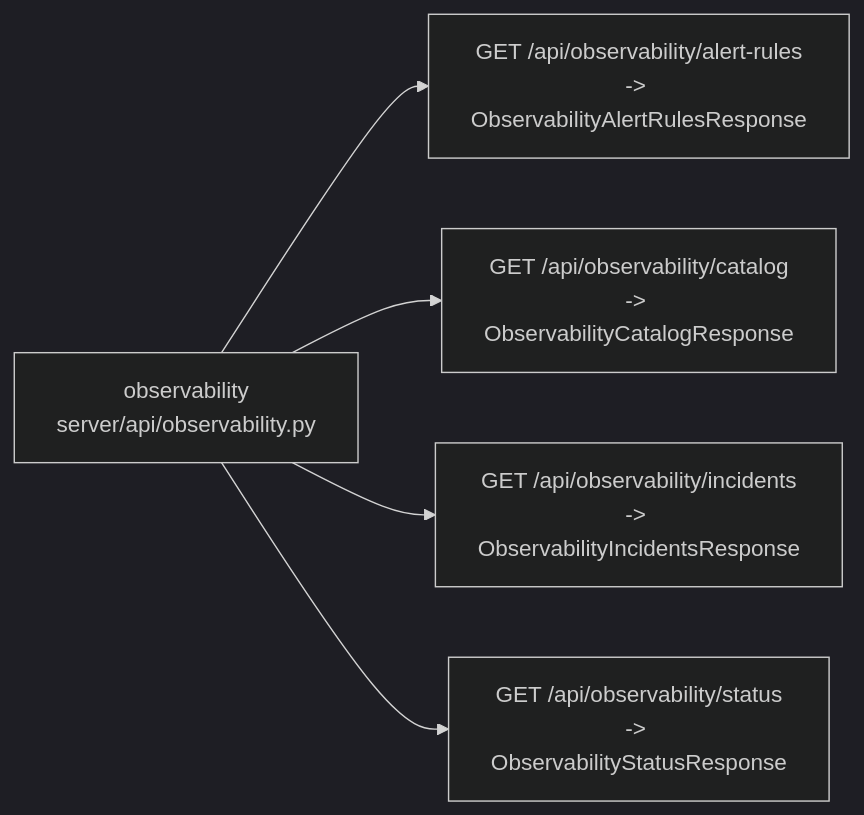
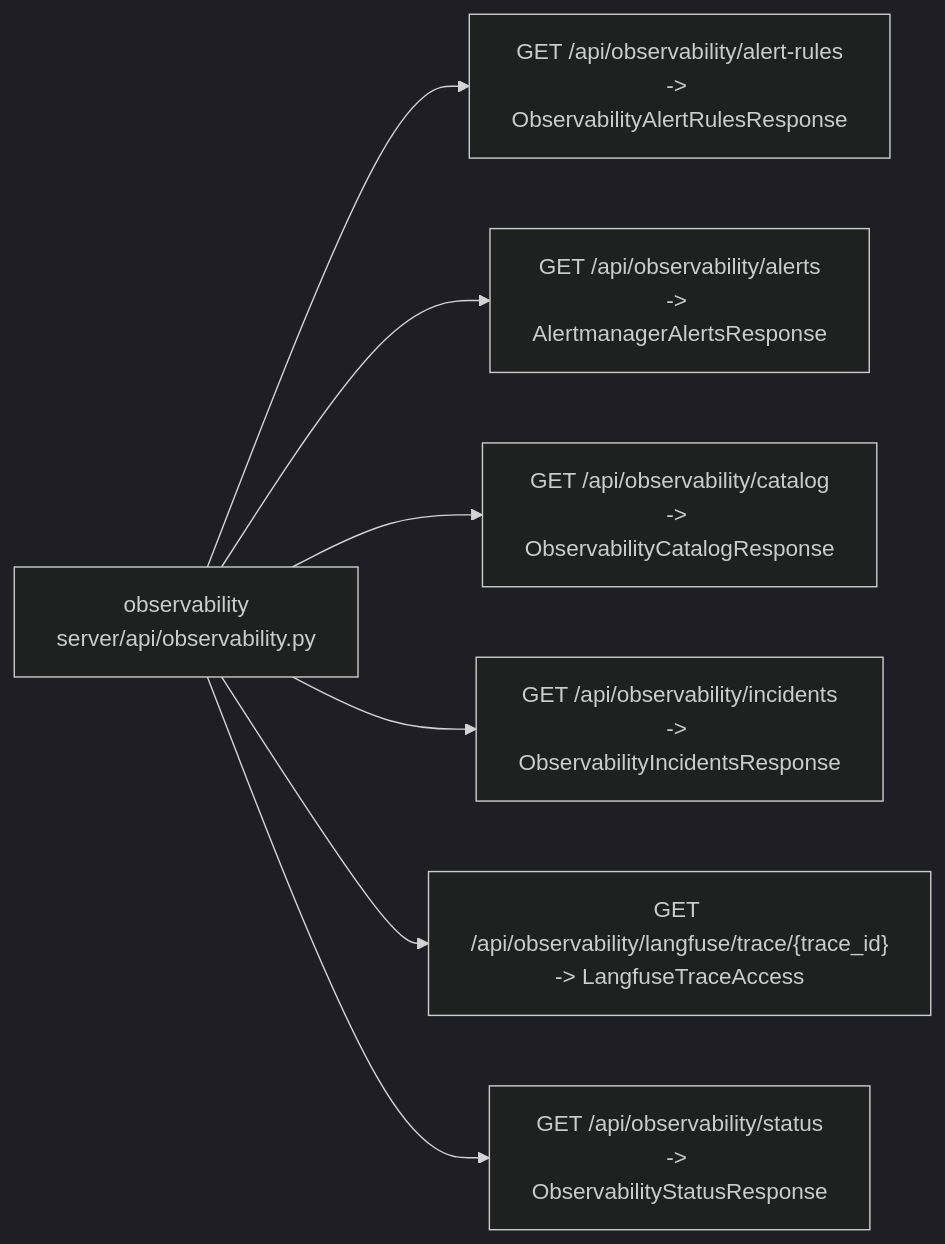
Before and after one commit to DMontgomery40/ragweld: diagram 19 of 25 in mkdocs/docs/reference/architecture/api-surface.md, drawn with Mermaid (dark theme). The commit also changed other lines of this file and 8 other files, not shown here.

````diff
--- a/mkdocs/docs/reference/architecture/api-surface.md
+++ b/mkdocs/docs/reference/architecture/api-surface.md
@@ -552,12 +552,16 @@
 ```mermaid
 flowchart LR
     n_observability["observability\nserver/api/observability.py"]
     n_observability_0["GET /api/observability/alert-rules\n-> ObservabilityAlertRulesResponse"]
     n_observability --> n_observability_0
-    n_observability_1["GET /api/observability/catalog\n-> ObservabilityCatalogResponse"]
+    n_observability_1["GET /api/observability/alerts\n-> AlertmanagerAlertsResponse"]
     n_observability --> n_observability_1
-    n_observability_2["GET /api/observability/incidents\n-> ObservabilityIncidentsResponse"]
+    n_observability_2["GET /api/observability/catalog\n-> ObservabilityCatalogResponse"]
     n_observability --> n_observability_2
-    n_observability_3["GET /api/observability/status\n-> ObservabilityStatusResponse"]
+    n_observability_3["GET /api/observability/incidents\n-> ObservabilityIncidentsResponse"]
     n_observability --> n_observability_3
+    n_observability_4["GET /api/observability/langfuse/trace/{trace_id}\n-> LangfuseTraceAccess"]
+    n_observability --> n_observability_4
+    n_observability_5["GET /api/observability/status\n-> ObservabilityStatusResponse"]
+    n_observability --> n_observability_5
 ```
````
